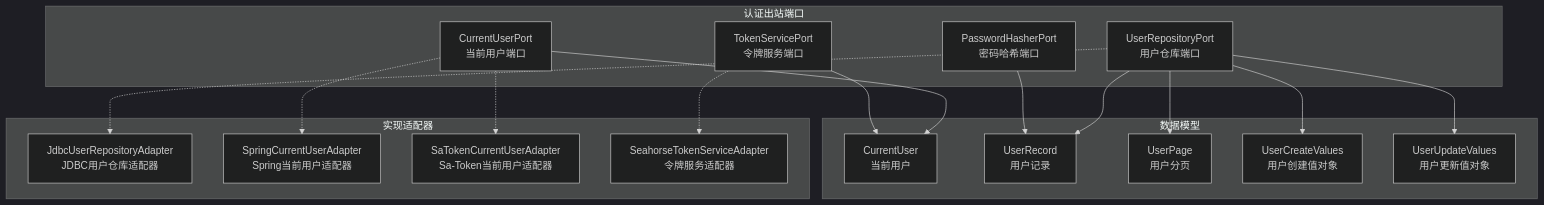
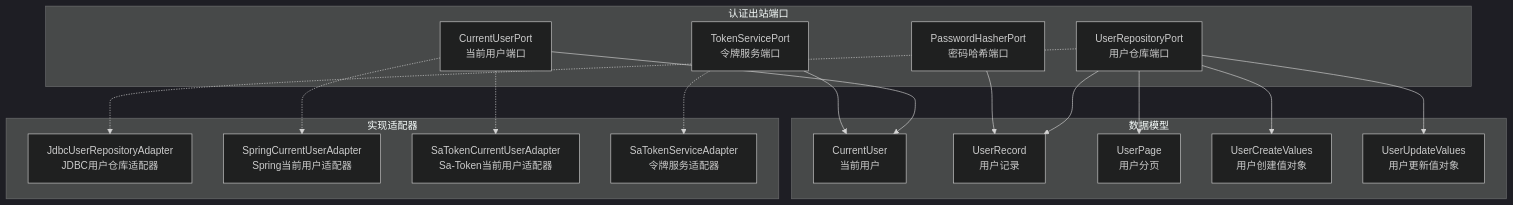
One commit to onceMisery/seahorse-agent changed the first of 7 diagrams in docs/zh/content/后端系统/核心内核/端口接口/出站端口/认证出站端口.md. Above: the diagram before and after it, drawn with Mermaid (dark theme). The commit also changed other lines of this file and 71 other files, not shown here.

Commit message:
docs: align docs with current architecture

````diff
--- a/docs/zh/content/后端系统/核心内核/端口接口/出站端口/认证出站端口.md
+++ b/docs/zh/content/后端系统/核心内核/端口接口/出站端口/认证出站端口.md
@@ -45,33 +45,33 @@
 ```mermaid
 graph TB
 subgraph "认证出站端口"
 A[CurrentUserPort<br/>当前用户端口]
 B[UserRepositoryPort<br/>用户仓库端口]
 C[PasswordHasherPort<br/>密码哈希端口]
 D[TokenServicePort<br/>令牌服务端口]
 end
 subgraph "数据模型"
 E[CurrentUser<br/>当前用户]
 F[UserRecord<br/>用户记录]
 G[UserPage<br/>用户分页]
 H[UserCreateValues<br/>用户创建值对象]
 I[UserUpdateValues<br/>用户更新值对象]
 end
 subgraph "实现适配器"
 J[JdbcUserRepositoryAdapter<br/>JDBC用户仓库适配器]
 K[SpringCurrentUserAdapter<br/>Spring当前用户适配器]
 L[SaTokenCurrentUserAdapter<br/>Sa-Token当前用户适配器]
-M[SeahorseTokenServiceAdapter<br/>令牌服务适配器]
+M[SaTokenServiceAdapter<br/>令牌服务适配器]
 end
 A --> E
 B --> F
 B --> G
 B --> H
 B --> I
 C --> F
 D --> E
 B -.-> J
 A -.-> K
 A -.-> L
 D -.-> M
 ```
````
